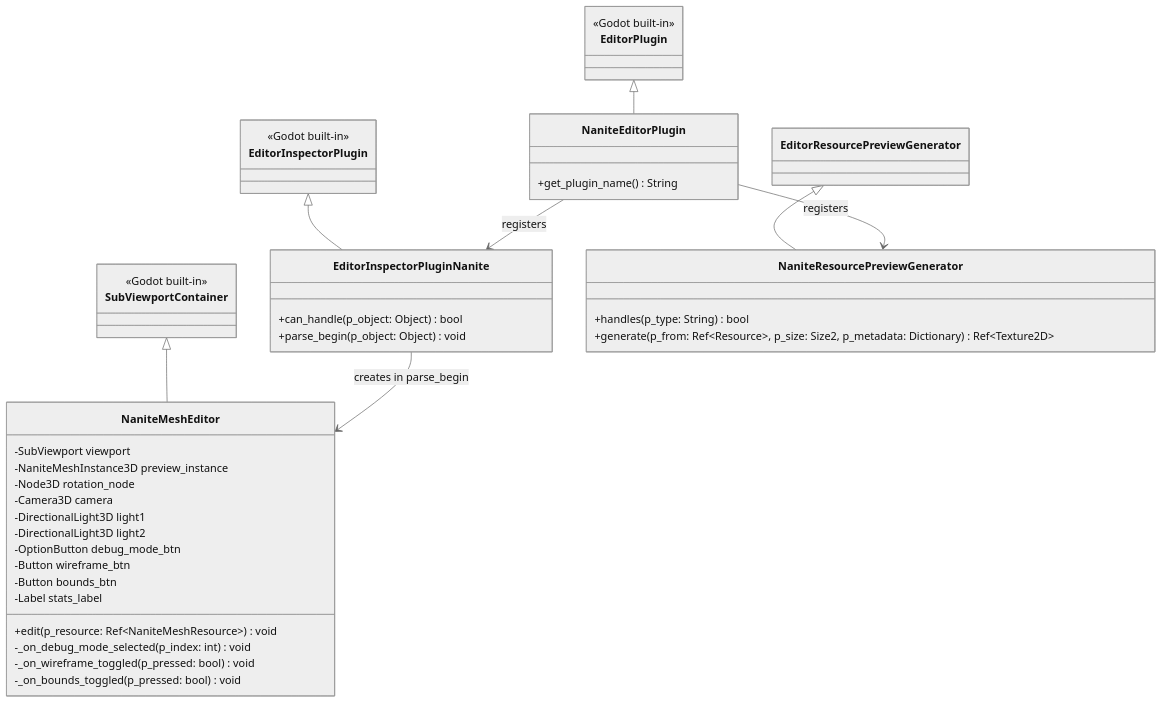
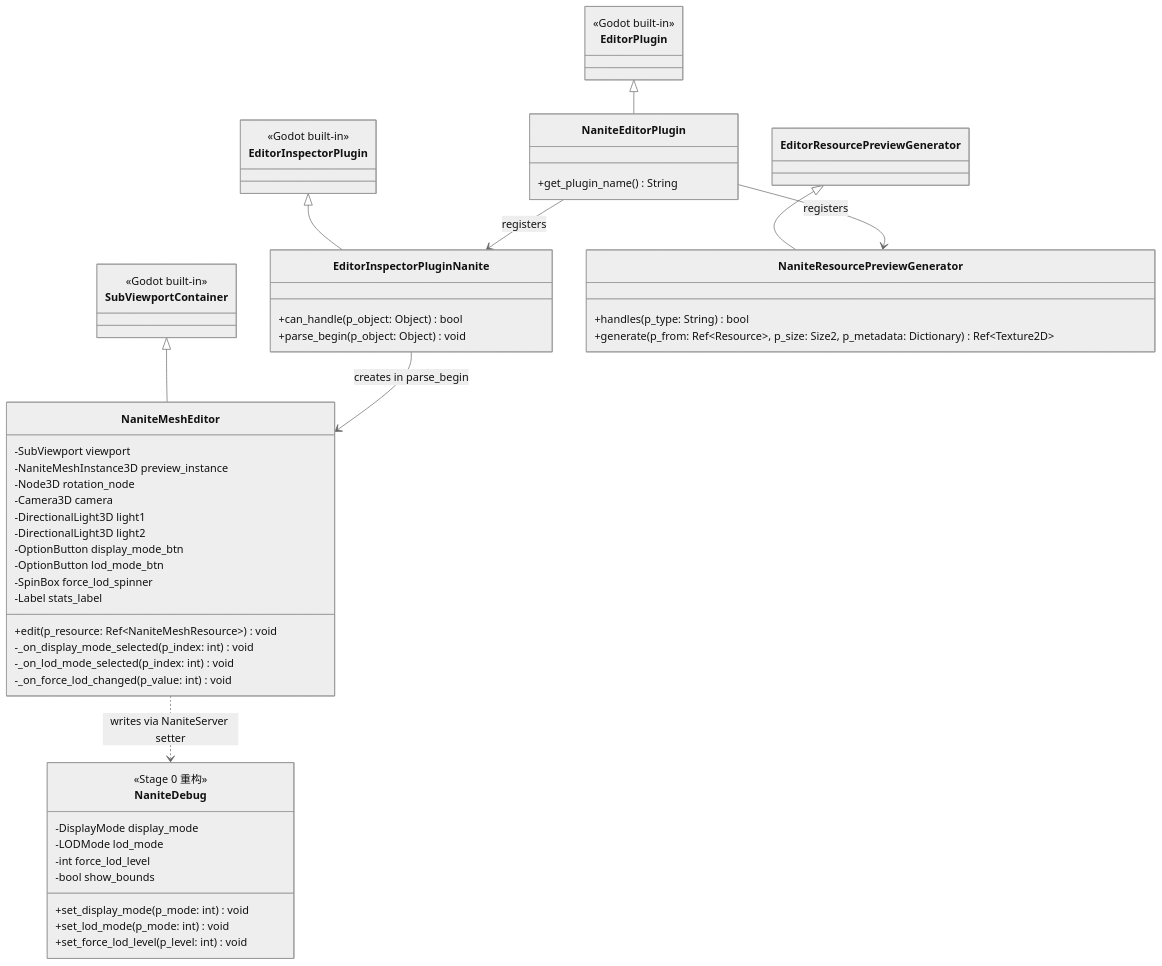
The tenth of 19 diagrams in nanite_doc/nanite-overall-design.md (alonecat06/godot), drawn with Mermaid (neutral theme) before and after one commit. The commit also changed other lines of this file and 7 other files, not shown here.

First line of the commit message:
feat(nanite): Stage 0 preview 重构 — 二维下拉列表 + 独立 CPU 渲染

````diff
--- a/nanite_doc/nanite-overall-design.md
+++ b/nanite_doc/nanite-overall-design.md
@@ -1552,47 +1561,58 @@
 ```mermaid
 classDiagram
     class SubViewportContainer {
         <<Godot built-in>>
     }
     class NaniteMeshEditor {
         -SubViewport viewport
         -NaniteMeshInstance3D preview_instance
         -Node3D rotation_node
         -Camera3D camera
         -DirectionalLight3D light1
         -DirectionalLight3D light2
-        -OptionButton debug_mode_btn
-        -Button wireframe_btn
-        -Button bounds_btn
+        -OptionButton display_mode_btn
+        -OptionButton lod_mode_btn
+        -SpinBox force_lod_spinner
         -Label stats_label
         +edit(p_resource: Ref~NaniteMeshResource~) void
-        -_on_debug_mode_selected(p_index: int) void
-        -_on_wireframe_toggled(p_pressed: bool) void
-        -_on_bounds_toggled(p_pressed: bool) void
+        -_on_display_mode_selected(p_index: int) void
+        -_on_lod_mode_selected(p_index: int) void
+        -_on_force_lod_changed(p_value: int) void
+    }
+    class NaniteDebug {
+        <<Stage 0 重构>>
+        -DisplayMode display_mode
+        -LODMode lod_mode
+        -int force_lod_level
+        -bool show_bounds
+        +set_display_mode(p_mode: int) void
+        +set_lod_mode(p_mode: int) void
+        +set_force_lod_level(p_level: int) void
     }
     class EditorInspectorPluginNanite {
         +can_handle(p_object: Object) bool
         +parse_begin(p_object: Object) void
     }
     class NaniteEditorPlugin {
         +get_plugin_name() String
     }
     class NaniteResourcePreviewGenerator {
         +handles(p_type: String) bool
         +generate(p_from: Ref~Resource~, p_size: Size2, p_metadata: Dictionary) Ref~Texture2D~
     }
     class EditorInspectorPlugin {
         <<Godot built-in>>
     }
     class EditorPlugin {
         <<Godot built-in>>
     }
 
     SubViewportContainer <|-- NaniteMeshEditor
     EditorInspectorPlugin <|-- EditorInspectorPluginNanite
     EditorPlugin <|-- NaniteEditorPlugin
     EditorResourcePreviewGenerator <|-- NaniteResourcePreviewGenerator
     EditorInspectorPluginNanite --> NaniteMeshEditor : creates in parse_begin
     NaniteEditorPlugin --> EditorInspectorPluginNanite : registers
     NaniteEditorPlugin --> NaniteResourcePreviewGenerator : registers
+    NaniteMeshEditor ..> NaniteDebug : writes via NaniteServer setter
 ```
````
